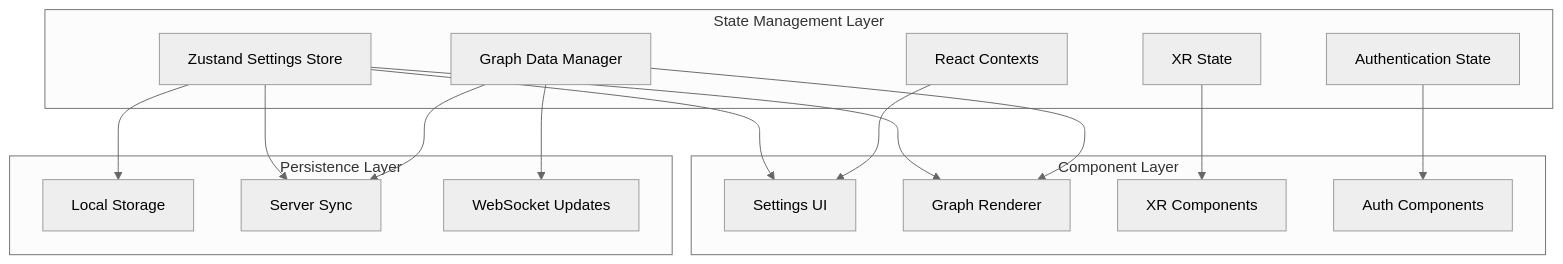
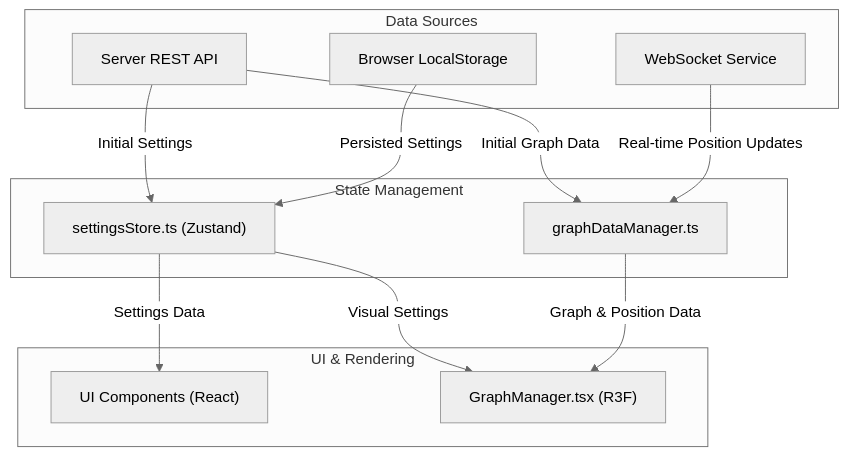
Before and after one commit to DreamLab-AI/VisionFlow: the diagram in docs/client/state-management.md, drawn with Mermaid (neutral theme). The commit also changed other lines of this file and 31 other files, not shown here.

````diff
--- a/docs/client/state-management.md
+++ b/docs/client/state-management.md
@@ -15,35 +12,27 @@
 ```mermaid
-flowchart TB
-    subgraph StateLayer ["State Management Layer"]
-        SettingsStore["Zustand Settings Store"]
-        GraphDataMgr["Graph Data Manager"]
-        UIContexts["React Contexts"]
-        XRState["XR State"]
-        AuthState["Authentication State"]
+flowchart TD
+    subgraph "State Management"
+        SettingsStore["settingsStore.ts (Zustand)"]
+        GraphDataManager["graphDataManager.ts"]
     end
 
-    subgraph Components ["Component Layer"]
-        SettingsUI["Settings UI"]
-        GraphRenderer["Graph Renderer"]
-        XRComponents["XR Components"]
-        AuthComponents["Auth Components"]
+    subgraph "Data Sources"
+        ServerAPI["Server REST API"]
+        WebSocket["WebSocket Service"]
+        LocalStorage["Browser LocalStorage"]
     end
 
-    subgraph Persistence ["Persistence Layer"]
-        LocalStorage["Local Storage"]
-        ServerSync["Server Sync"]
-        WebSocket["WebSocket Updates"]
+    subgraph "UI & Rendering"
+        UIComponents["UI Components (React)"]
+        GraphManager["GraphManager.tsx (R3F)"]
     end
 
-    SettingsStore --> SettingsUI
-    SettingsStore --> GraphRenderer
-    GraphDataMgr --> GraphRenderer
-    UIContexts --> SettingsUI
-    XRState --> XRComponents
-    AuthState --> AuthComponents
+    ServerAPI -- "Initial Settings" --> SettingsStore
+    LocalStorage -- "Persisted Settings" --> SettingsStore
+    SettingsStore -- "Settings Data" --> UIComponents
+    SettingsStore -- "Visual Settings" --> GraphManager
 
-    SettingsStore --> LocalStorage
-    SettingsStore --> ServerSync
-    GraphDataMgr --> WebSocket
-    GraphDataMgr --> ServerSync
+    ServerAPI -- "Initial Graph Data" --> GraphDataManager
+    WebSocket -- "Real-time Position Updates" --> GraphDataManager
+    GraphDataManager -- "Graph & Position Data" --> GraphManager
 ```
````
